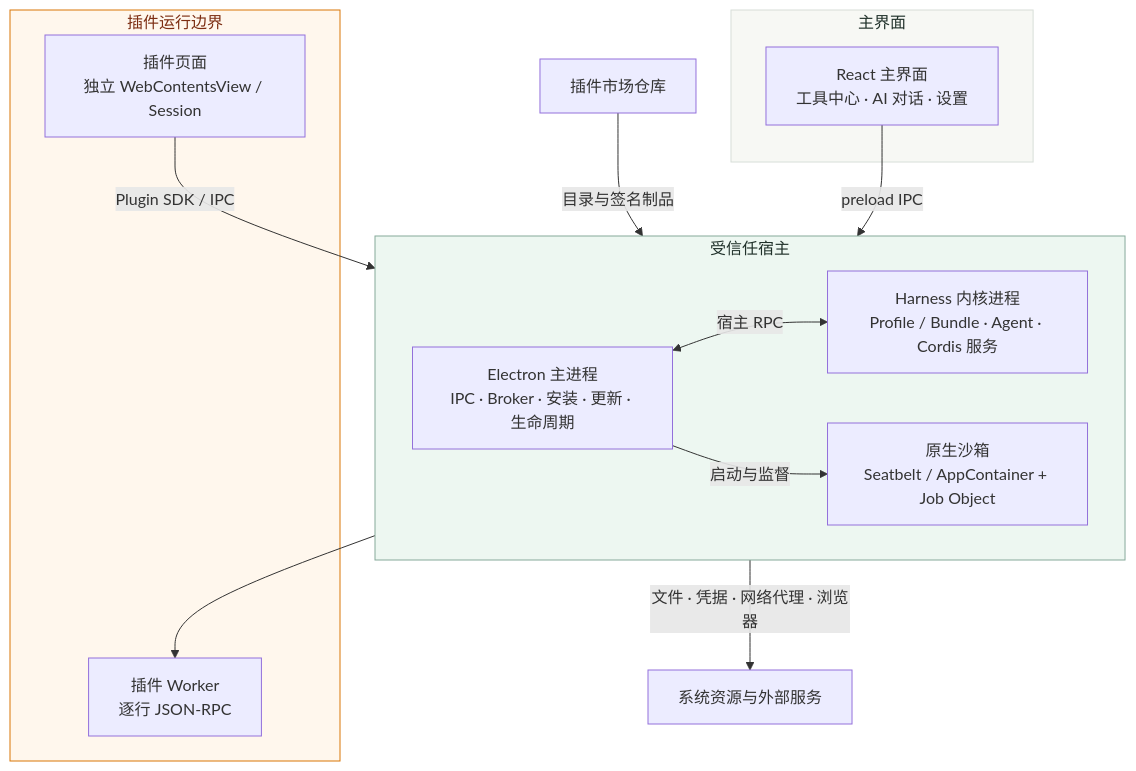
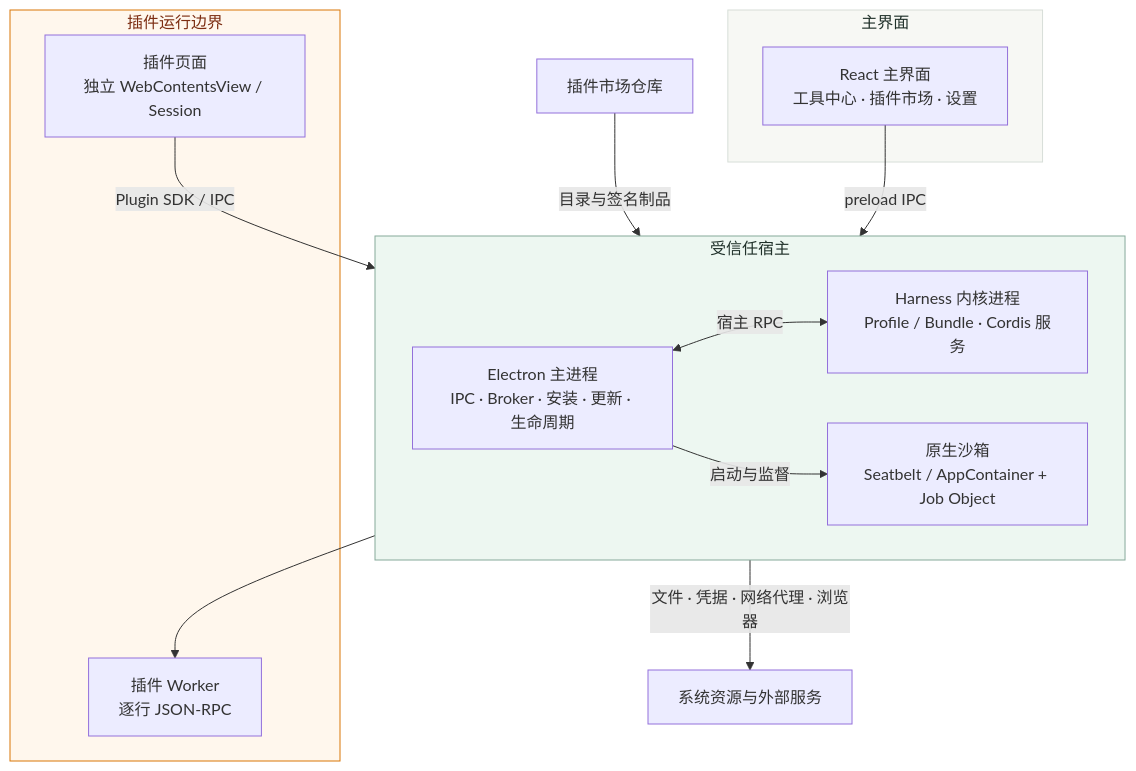
The diagram in README.md (ZhiPenTu/qingzuo-desktop), drawn with Mermaid before and after one commit. The commit also changed other lines of this file and 54 other files, not shown here.

````diff
--- a/README.md
+++ b/README.md
@@ -26,30 +26,30 @@
 ```mermaid
 flowchart TB
   subgraph surfaces["主界面"]
-    Shell["React 主界面<br/>工具中心 · AI 对话 · 设置"]
+    Shell["React 主界面<br/>工具中心 · 插件市场 · 设置"]
   end
 
   subgraph trusted["受信任宿主"]
     direction LR
     Main["Electron 主进程<br/>IPC · Broker · 安装 · 更新 · 生命周期"]
-    Kernel["Harness 内核进程<br/>Profile / Bundle · Agent · Cordis 服务"]
+    Kernel["Harness 内核进程<br/>Profile / Bundle · Cordis 服务"]
     Sandbox["原生沙箱<br/>Seatbelt / AppContainer + Job Object"]
   end
 
   subgraph thirdparty["插件运行边界"]
     PluginUI["插件页面<br/>独立 WebContentsView / Session"]
     Worker["插件 Worker<br/>逐行 JSON-RPC"]
   end
 
   Market["插件市场仓库"] -->|"目录与签名制品"| Main
   Shell -->|"preload IPC"| Main
   PluginUI -->|"Plugin SDK / IPC"| Main
   Main <-->|"宿主 RPC"| Kernel
   Main -->|"启动与监督"| Sandbox
   Sandbox --> Worker
   Main -->|"文件 · 凭据 · 网络代理 · 浏览器"| External["系统资源与外部服务"]
 
   style surfaces fill:#f7f8f4,stroke:#d7ded8,color:#20312a
   style trusted fill:#edf7f1,stroke:#86a99a,color:#20312a
   style thirdparty fill:#fff7ed,stroke:#d97706,color:#7c2d12
 ```
````
